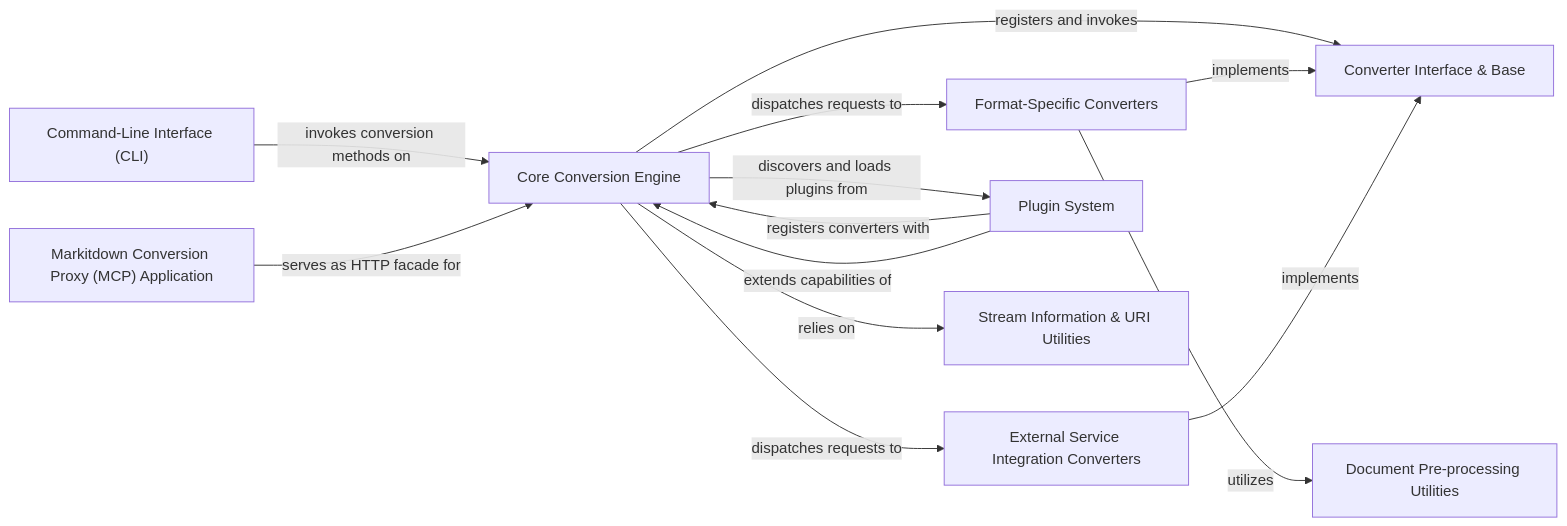
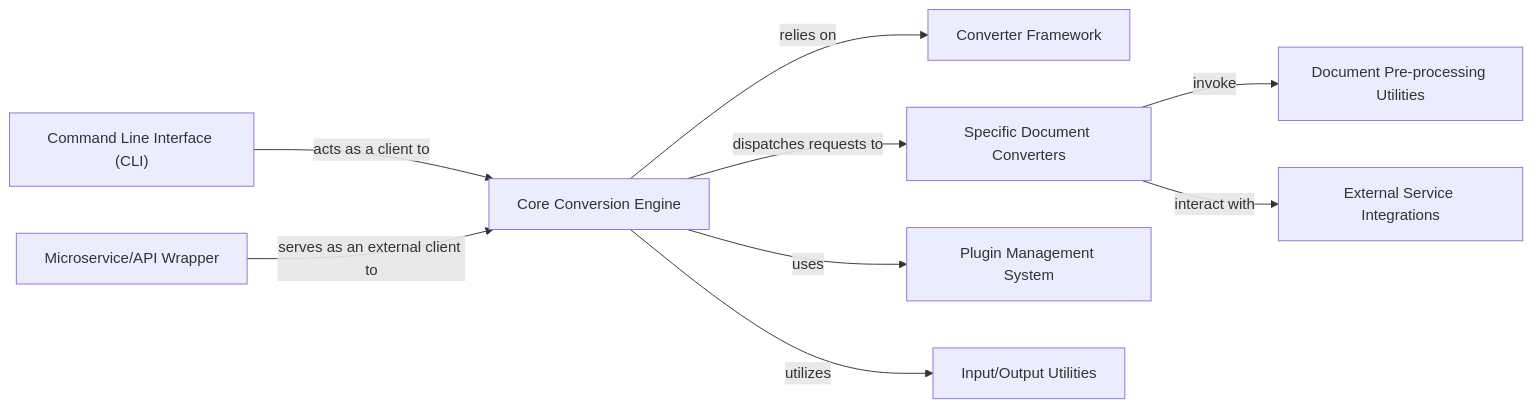
One commit to CodeBoarding/GeneratedOnBoardings changed the diagram in markitdown/on_boarding.md. Above: the diagram before and after it, drawn with Mermaid. The commit also changed other lines of this file and 12 other files, not shown here.

````diff
--- a/markitdown/on_boarding.md
+++ b/markitdown/on_boarding.md
@@ -1,31 +1,27 @@
 ```mermaid
 graph LR
     Core_Conversion_Engine["Core Conversion Engine"]
-    Converter_Interface_Base["Converter Interface & Base"]
-    Format_Specific_Converters["Format-Specific Converters"]
-    External_Service_Integration_Converters["External Service Integration Converters"]
+    Converter_Framework["Converter Framework"]
+    Specific_Document_Converters["Specific Document Converters"]
     Document_Pre_processing_Utilities["Document Pre-processing Utilities"]
-    Command_Line_Interface_CLI_["Command-Line Interface (CLI)"]
-    Plugin_System["Plugin System"]
-    Markitdown_Conversion_Proxy_MCP_Application["Markitdown Conversion Proxy (MCP) Application"]
-    Stream_Information_URI_Utilities["Stream Information & URI Utilities"]
-    Command_Line_Interface_CLI_ -- "invokes conversion methods on" --> Core_Conversion_Engine
-    Markitdown_Conversion_Proxy_MCP_Application -- "serves as HTTP facade for" --> Core_Conversion_Engine
-    Core_Conversion_Engine -- "registers and invokes" --> Converter_Interface_Base
-    Core_Conversion_Engine -- "dispatches requests to" --> Format_Specific_Converters
-    Core_Conversion_Engine -- "dispatches requests to" --> External_Service_Integration_Converters
-    Core_Conversion_Engine -- "discovers and loads plugins from" --> Plugin_System
-    Format_Specific_Converters -- "utilizes" --> Document_Pre_processing_Utilities
-    Core_Conversion_Engine -- "relies on" --> Stream_Information_URI_Utilities
-    Format_Specific_Converters -- "implements" --> Converter_Interface_Base
-    External_Service_Integration_Converters -- "implements" --> Converter_Interface_Base
-    Plugin_System -- "registers converters with" --> Core_Conversion_Engine
-    Plugin_System -- "extends capabilities of" --> Core_Conversion_Engine
+    Plugin_Management_System["Plugin Management System"]
+    External_Service_Integrations["External Service Integrations"]
+    Input_Output_Utilities["Input/Output Utilities"]
+    Command_Line_Interface_CLI_["Command Line Interface (CLI)"]
+    Microservice_API_Wrapper["Microservice/API Wrapper"]
+    Core_Conversion_Engine -- "relies on" --> Converter_Framework
+    Core_Conversion_Engine -- "dispatches requests to" --> Specific_Document_Converters
+    Core_Conversion_Engine -- "uses" --> Plugin_Management_System
+    Core_Conversion_Engine -- "utilizes" --> Input_Output_Utilities
+    Specific_Document_Converters -- "invoke" --> Document_Pre_processing_Utilities
+    Specific_Document_Converters -- "interact with" --> External_Service_Integrations
+    Command_Line_Interface_CLI_ -- "acts as a client to" --> Core_Conversion_Engine
+    Microservice_API_Wrapper -- "serves as an external client to" --> Core_Conversion_Engine
     click Core_Conversion_Engine href "https://github.com/CodeBoarding/GeneratedOnBoardings/blob/main/markitdown/Core_Conversion_Engine.md" "Details"
-    click Converter_Interface_Base href "https://github.com/CodeBoarding/GeneratedOnBoardings/blob/main/markitdown/Converter_Interface_Base.md" "Details"
-    click Format_Specific_Converters href "https://github.com/CodeBoarding/GeneratedOnBoardings/blob/main/markitdown/Format_Specific_Converters.md" "Details"
-    click External_Service_Integration_Converters href "https://github.com/CodeBoarding/GeneratedOnBoardings/blob/main/markitdown/External_Service_Integration_Converters.md" "Details"
+    click Converter_Framework href "https://github.com/CodeBoarding/GeneratedOnBoardings/blob/main/markitdown/Converter_Framework.md" "Details"
+    click Specific_Document_Converters href "https://github.com/CodeBoarding/GeneratedOnBoardings/blob/main/markitdown/Specific_Document_Converters.md" "Details"
     click Document_Pre_processing_Utilities href "https://github.com/CodeBoarding/GeneratedOnBoardings/blob/main/markitdown/Document_Pre_processing_Utilities.md" "Details"
-    click Plugin_System href "https://github.com/CodeBoarding/GeneratedOnBoardings/blob/main/markitdown/Plugin_System.md" "Details"
-    click Markitdown_Conversion_Proxy_MCP_Application href "https://github.com/CodeBoarding/GeneratedOnBoardings/blob/main/markitdown/Markitdown_Conversion_Proxy_MCP_Application.md" "Details"
+    click Plugin_Management_System href "https://github.com/CodeBoarding/GeneratedOnBoardings/blob/main/markitdown/Plugin_Management_System.md" "Details"
+    click Command_Line_Interface_CLI_ href "https://github.com/CodeBoarding/GeneratedOnBoardings/blob/main/markitdown/Command_Line_Interface_CLI_.md" "Details"
+    click Microservice_API_Wrapper href "https://github.com/CodeBoarding/GeneratedOnBoardings/blob/main/markitdown/Microservice_API_Wrapper.md" "Details"
 ```
````
